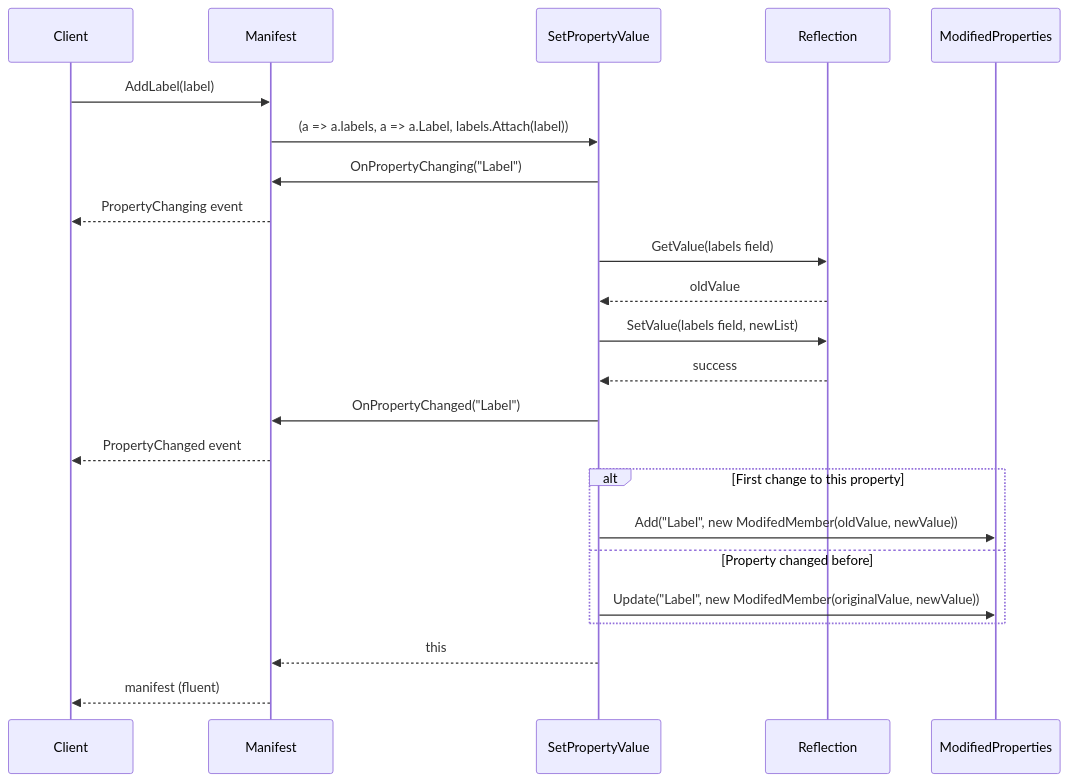
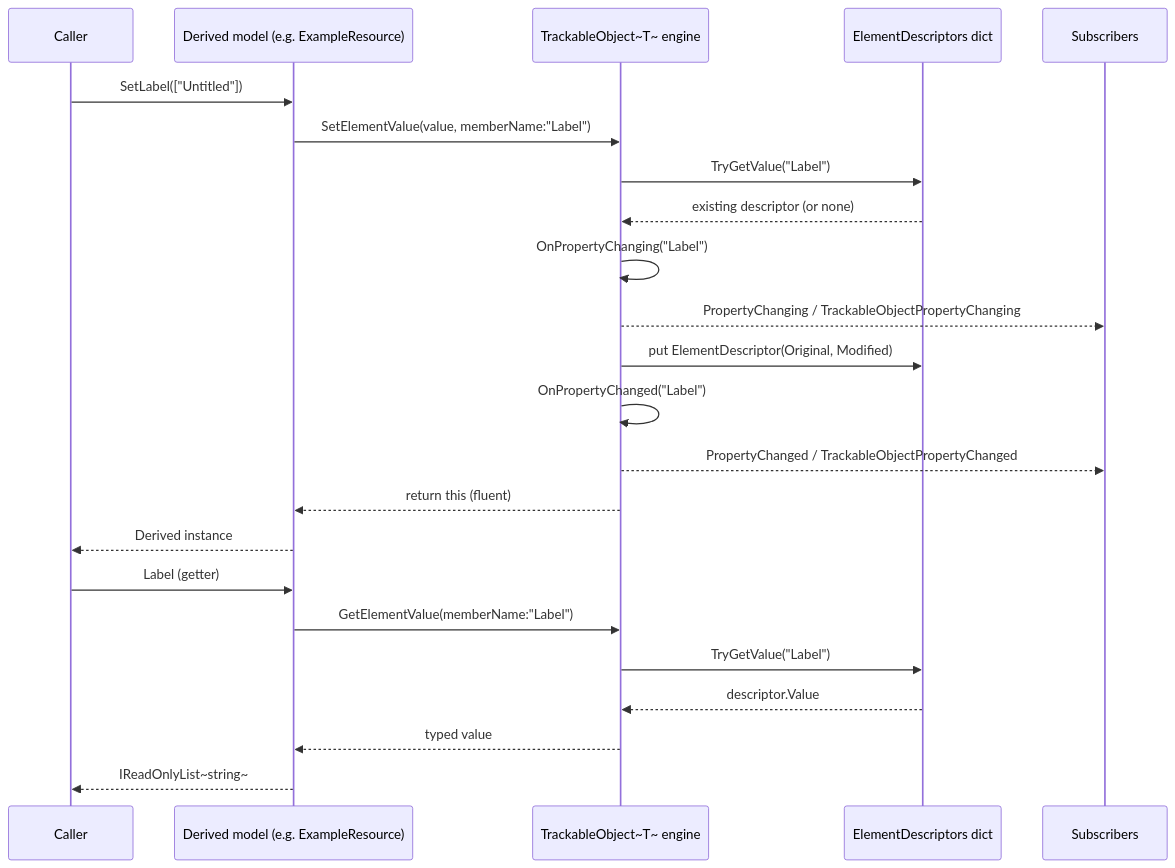
One commit to KiarashMinoo/IIIF.Manifest.Serializer.Net changed the second of 2 diagrams in docs/Shared/Trackable/README.md. Above: the diagram before and after it, drawn with Mermaid. The commit also changed other lines of this file and 70 other files, not shown here.

````diff
--- a/docs/Shared/Trackable/README.md
+++ b/docs/Shared/Trackable/README.md
@@ -206,32 +359,27 @@
 ```mermaid
 sequenceDiagram
-    participant Client
-    participant Manifest
-    participant SetPropertyValue
-    participant Reflection
-    participant ModifiedProperties
-    
-    Client->>Manifest: AddLabel(label)
-    Manifest->>SetPropertyValue: (a => a.labels, a => a.Label, labels.Attach(label))
-    
-    SetPropertyValue->>Manifest: OnPropertyChanging("Label")
-    Manifest-->>Client: PropertyChanging event
-    
-    SetPropertyValue->>Reflection: GetValue(labels field)
-    Reflection-->>SetPropertyValue: oldValue
-    
-    SetPropertyValue->>Reflection: SetValue(labels field, newList)
-    Reflection-->>SetPropertyValue: success
-    
-    SetPropertyValue->>Manifest: OnPropertyChanged("Label")
-    Manifest-->>Client: PropertyChanged event
-    
-    alt First change to this property
-        SetPropertyValue->>ModifiedProperties: Add("Label", new ModifedMember(oldValue, newValue))
-    else Property changed before
-        SetPropertyValue->>ModifiedProperties: Update("Label", new ModifedMember(originalValue, newValue))
-    end
-    
-    SetPropertyValue-->>Manifest: this
-    Manifest-->>Client: manifest (fluent)
+    participant Caller
+    participant Derived as Derived model (e.g. ExampleResource)
+    participant Engine as TrackableObject~T~ engine
+    participant Store as ElementDescriptors dict
+    participant Sub as Subscribers
+
+    Caller->>Derived: SetLabel(["Untitled"])
+    Derived->>Engine: SetElementValue(value, memberName:"Label")
+    Engine->>Store: TryGetValue("Label")
+    Store-->>Engine: existing descriptor (or none)
+    Engine->>Engine: OnPropertyChanging("Label")
+    Engine-->>Sub: PropertyChanging / TrackableObjectPropertyChanging
+    Engine->>Store: put ElementDescriptor(Original, Modified)
+    Engine->>Engine: OnPropertyChanged("Label")
+    Engine-->>Sub: PropertyChanged / TrackableObjectPropertyChanged
+    Engine-->>Derived: return this (fluent)
+    Derived-->>Caller: Derived instance
+
+    Caller->>Derived: Label (getter)
+    Derived->>Engine: GetElementValue(memberName:"Label")
+    Engine->>Store: TryGetValue("Label")
+    Store-->>Engine: descriptor.Value
+    Engine-->>Derived: typed value
+    Derived-->>Caller: IReadOnlyList~string~
 ```
````
